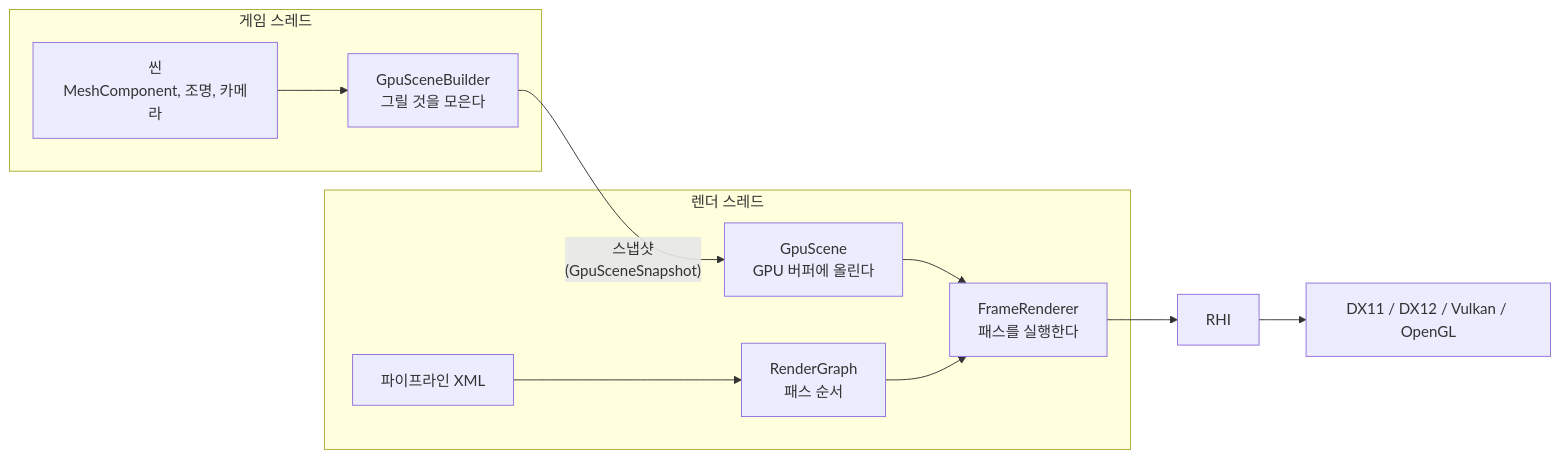
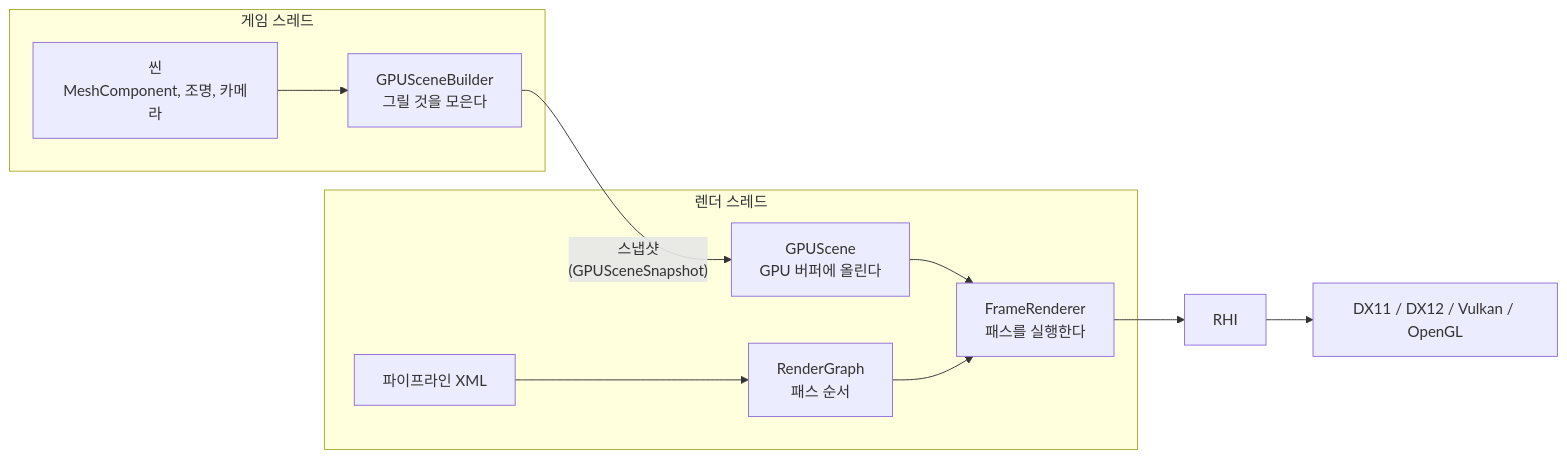
One commit to sswgame/LearningTemplate changed the diagram in Source/Engine/Graphics/README.md. Above: the diagram before and after it, drawn with Mermaid. The commit also changed other lines of this file and 219 other files, not shown here.

````diff
--- a/Source/Engine/Graphics/README.md
+++ b/Source/Engine/Graphics/README.md
@@ -20,12 +20,12 @@
 ```mermaid
 flowchart LR
   subgraph GT["게임 스레드"]
-    Scene["씬<br/>MeshComponent, 조명, 카메라"] --> Builder["GpuSceneBuilder<br/>그릴 것을 모은다"]
+    Scene["씬<br/>MeshComponent, 조명, 카메라"] --> Builder["GPUSceneBuilder<br/>그릴 것을 모은다"]
   end
-  Builder -- "스냅샷<br/>(GpuSceneSnapshot)" --> GpuScene
+  Builder -- "스냅샷<br/>(GPUSceneSnapshot)" --> GPUScene
   subgraph RT["렌더 스레드"]
-    GpuScene["GpuScene<br/>GPU 버퍼에 올린다"] --> Frame["FrameRenderer<br/>패스를 실행한다"]
+    GPUScene["GPUScene<br/>GPU 버퍼에 올린다"] --> Frame["FrameRenderer<br/>패스를 실행한다"]
     Pipeline["파이프라인 XML"] --> Graph["RenderGraph<br/>패스 순서"] --> Frame
   end
   Frame --> RHI["RHI"] --> Backend["DX11 / DX12 / Vulkan / OpenGL"]
 ```
````
